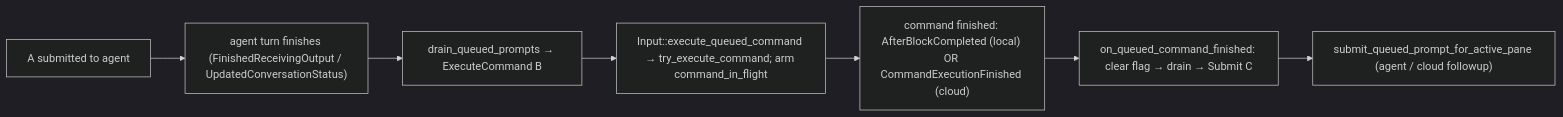
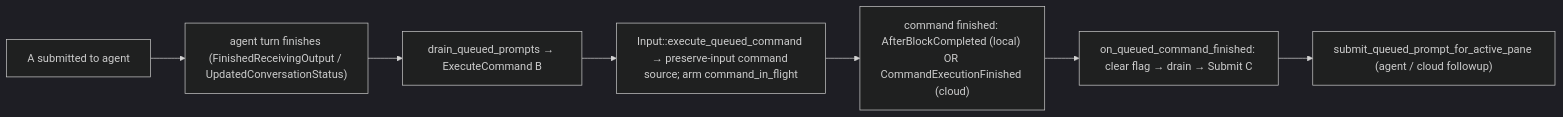
The diagram in specs/gh-11912/TECH.md (dotoricode/warp), drawn with Mermaid (dark theme) before and after one commit. The commit also changed other lines of this file and 8 other files, not shown here.

Commit message:
preserve input when sending a queued command

````diff
--- a/specs/gh-11912/TECH.md
+++ b/specs/gh-11912/TECH.md
@@ -75,9 +75,9 @@
 ```mermaid
 flowchart LR
   A["A submitted to agent"] --> Afin["agent turn finishes (FinishedReceivingOutput / UpdatedConversationStatus)"]
   Afin --> DB["drain_queued_prompts → ExecuteCommand B"]
-  DB --> Bexec["Input::execute_queued_command → try_execute_command; arm command_in_flight"]
+  DB --> Bexec["Input::execute_queued_command → preserve-input command source; arm command_in_flight"]
   Bexec --> Bdone["command finished: AfterBlockCompleted (local) OR CommandExecutionFinished (cloud)"]
   Bdone --> DC["on_queued_command_finished: clear flag → drain → Submit C"]
   DC --> Cexec["submit_queued_prompt_for_active_pane (agent / cloud followup)"]
 ```
````
